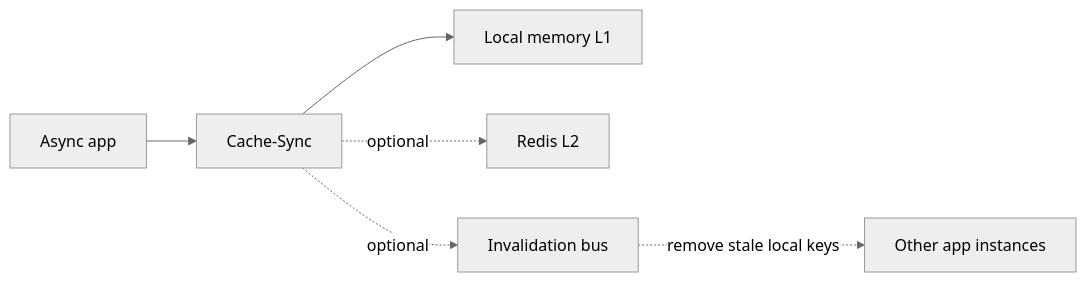
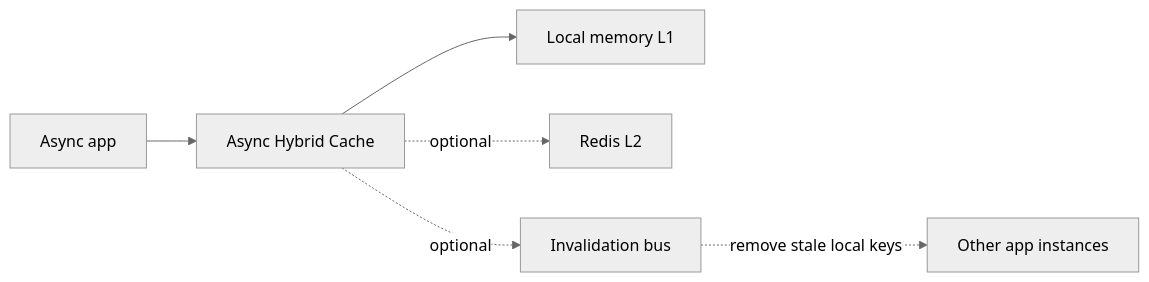
The diagram in docs/index.md (petercinibulk/cache-sync), drawn with Mermaid (neutral theme) before and after one commit. The commit also changed other lines of this file and 62 other files, not shown here.

````diff
--- a/docs/index.md
+++ b/docs/index.md
@@ -5,8 +5,8 @@
 ```mermaid
 flowchart LR
-    App["Async app"] --> Cache["Cache-Sync"]
+    App["Async app"] --> Cache["Async Hybrid Cache"]
     Cache --> L1["Local memory L1"]
     Cache -. optional .-> L2["Redis L2"]
     Cache -. optional .-> Bus["Invalidation bus"]
     Bus -. remove stale local keys .-> Peers["Other app instances"]
 ```
````
